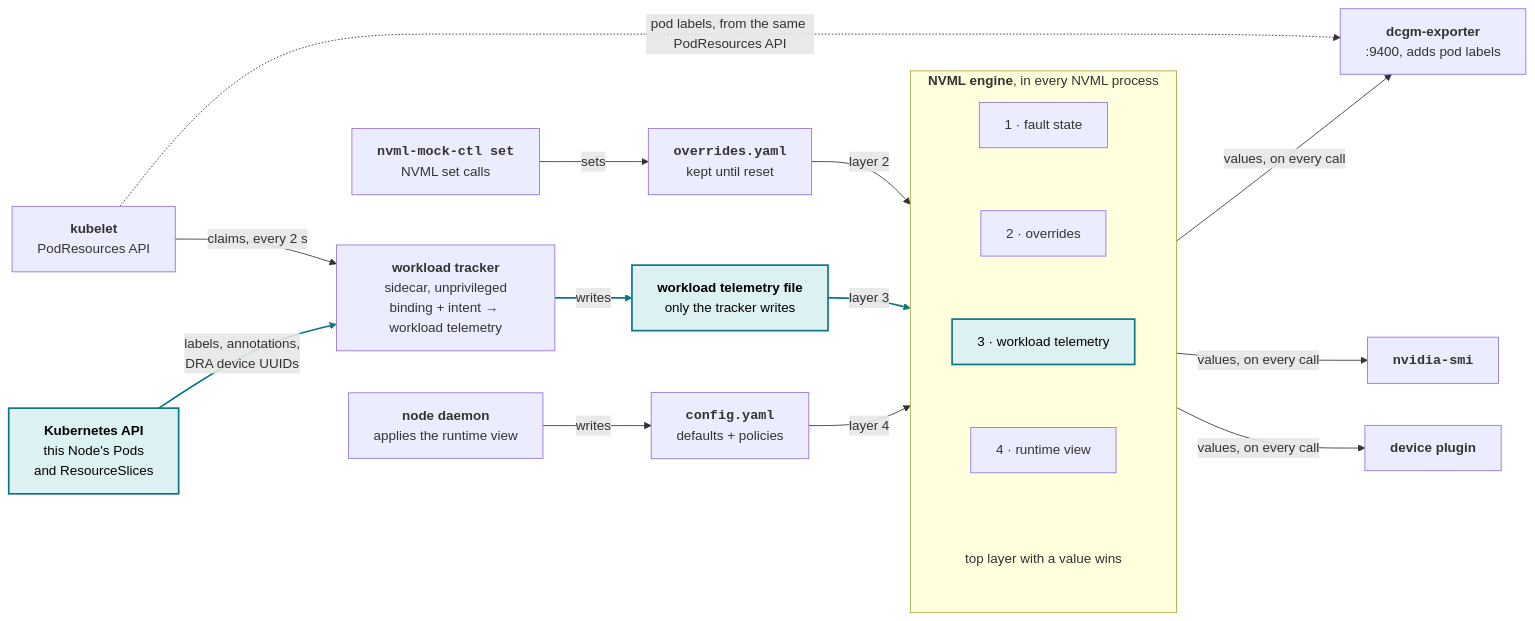
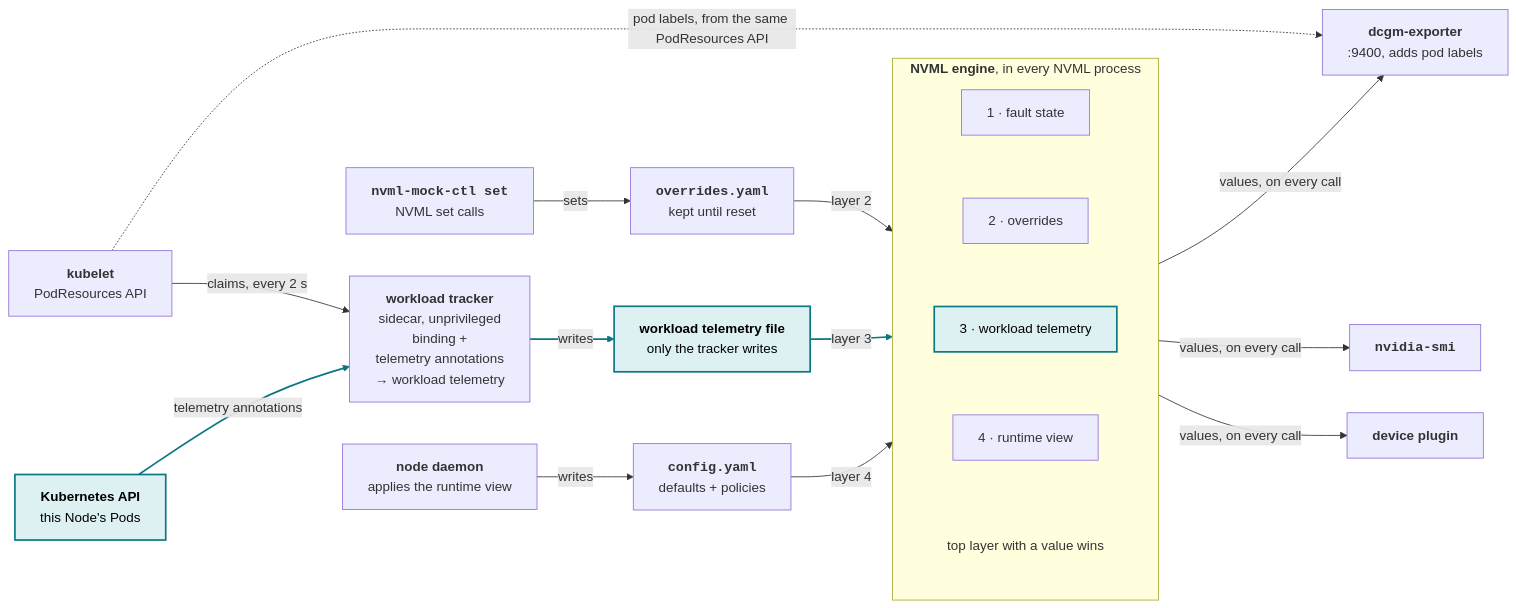
Before and after one commit to NVIDIA/k8s-test-infra: the fifth of 10 diagrams in enhancements/meps/0008-fgo-integration/README.md, drawn with Mermaid. The commit also changed other lines of this file, not shown here.

````diff
--- a/enhancements/meps/0008-fgo-integration/README.md
+++ b/enhancements/meps/0008-fgo-integration/README.md
@@ -1020,45 +1029,45 @@
 ```mermaid
 flowchart LR
     kubelet["<b>kubelet</b><br/>PodResources API"]
-    api["<b>Kubernetes API</b><br/>this Node's Pods<br/>and ResourceSlices"]
+    api["<b>Kubernetes API</b><br/>this Node's Pods"]
 
     ctl["<b><code>nvml-mock-ctl set</code></b><br/>NVML set calls"]
-    tracker["<b>workload tracker</b><br/>sidecar, unprivileged<br/>binding + intent → workload telemetry"]
+    tracker["<b>workload tracker</b><br/>sidecar, unprivileged<br/>binding +<br/>telemetry annotations<br/>→ workload telemetry"]
     daemon["<b>node daemon</b><br/>applies the runtime view"]
 
     overrides["<b><code>overrides.yaml</code></b><br/>kept until reset"]
     telemetry["<b>workload telemetry file</b><br/>only the tracker writes"]
     config["<b><code>config.yaml</code></b><br/>defaults + policies"]
 
     subgraph engine["<b>NVML engine</b>, in every NVML process"]
         direction TB
         l1["1 · fault state"]
         l2["2 · overrides"]
         l3["3 · workload telemetry"]
         l4["4 · runtime view"]
         rule["top layer with a value wins"]
         l1 ~~~ l2 ~~~ l3 ~~~ l4 ~~~ rule
     end
 
     dcgm["<b>dcgm-exporter</b><br/>:9400, adds pod labels"]
     smi["<b><code>nvidia-smi</code></b>"]
     dp["<b>device plugin</b>"]
 
     kubelet ~~~ ctl
     kubelet ~~~ daemon
     kubelet -->|"claims, every 2 s"| tracker
-    api -->|"labels, annotations,<br/>DRA device UUIDs"| tracker
+    api -->|"telemetry annotations"| tracker
     ctl -->|"sets"| overrides
     tracker -->|"writes"| telemetry
     daemon -->|"writes"| config
     overrides -->|"layer 2"| engine
     telemetry -->|"layer 3"| engine
     config -->|"layer 4"| engine
     engine -->|"values, on every call"| dcgm & smi & dp
     kubelet -.->|"pod labels, from the same PodResources API"| dcgm
 
     classDef new fill:#ddf0f2,stroke:#0a7782,stroke-width:2px,color:#000
     class api,telemetry,l3 new
     style rule fill:none,stroke:none
     linkStyle 7,9,12 stroke:#0a7782,stroke-width:2px
 ```
````
